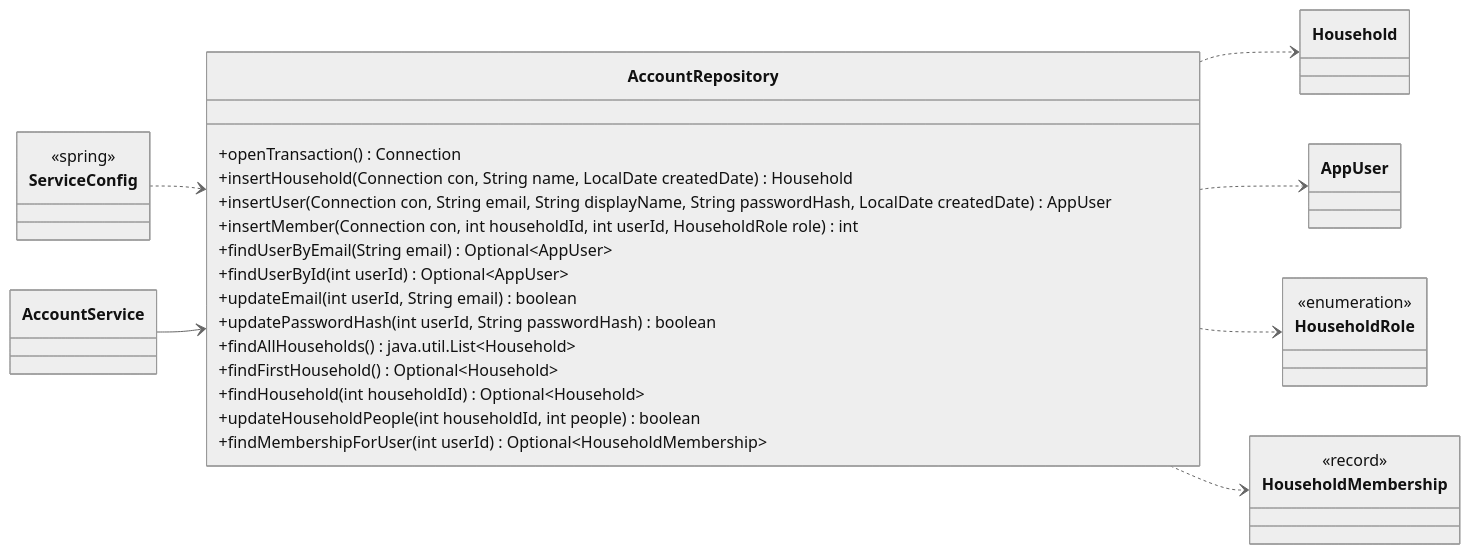
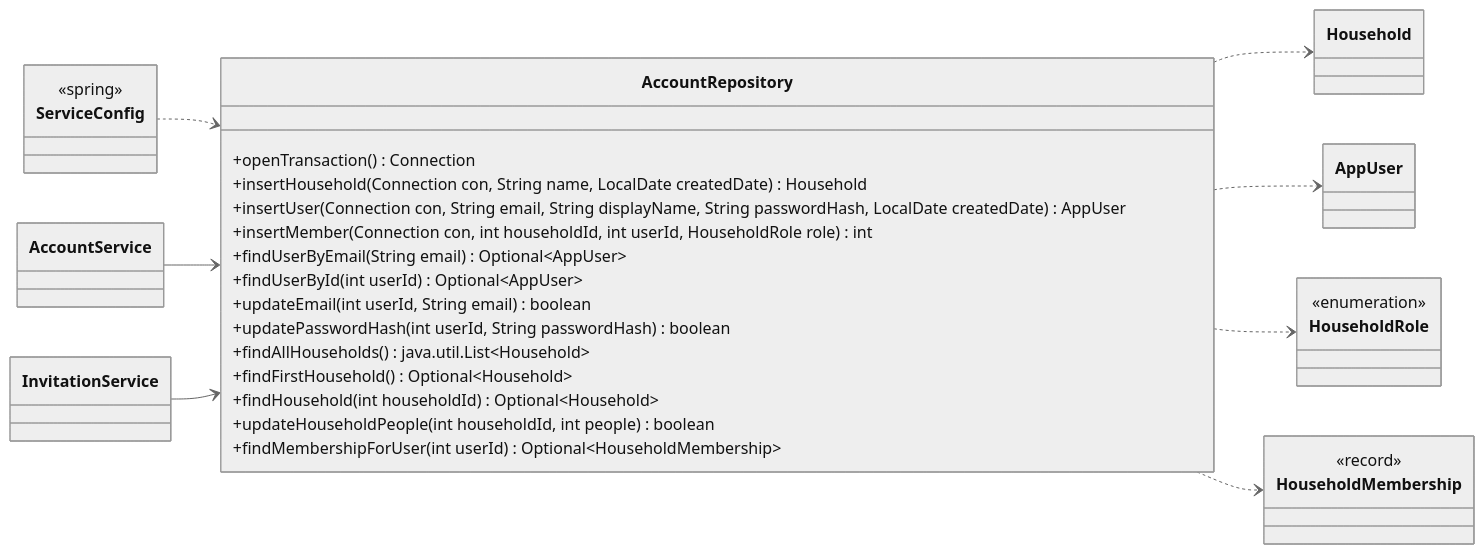
Before and after one commit to Nate-ryan-7690/dahaem: the second of 24 diagrams in docs/classes/auth.md, drawn with Mermaid (neutral theme). The commit also changed other lines of this file and 4 other files, not shown here.

````diff
--- a/docs/classes/auth.md
+++ b/docs/classes/auth.md
@@ -93,37 +124,39 @@
 ```mermaid
 classDiagram
     direction LR
     class auth_AccountRepository["AccountRepository"] {
         +openTransaction() Connection
         +insertHousehold(Connection con, String name, LocalDate createdDate) Household
         +insertUser(Connection con, String email, String displayName, String passwordHash, LocalDate createdDate) AppUser
         +insertMember(Connection con, int householdId, int userId, HouseholdRole role) int
         +findUserByEmail(String email) Optional~AppUser~
         +findUserById(int userId) Optional~AppUser~
         +updateEmail(int userId, String email) boolean
         +updatePasswordHash(int userId, String passwordHash) boolean
         +findAllHouseholds() java.util.List~Household~
         +findFirstHousehold() Optional~Household~
         +findHousehold(int householdId) Optional~Household~
         +updateHouseholdPeople(int householdId, int people) boolean
         +findMembershipForUser(int userId) Optional~HouseholdMembership~
     }
     class auth_AccountService["AccountService"]
+    class auth_InvitationService["InvitationService"]
     class auth_Household["Household"]
     class auth_AppUser["AppUser"]
     class auth_HouseholdRole["HouseholdRole"] {
         <<enumeration>>
     }
     class auth_HouseholdMembership["HouseholdMembership"] {
         <<record>>
     }
     class api_ServiceConfig["ServiceConfig"] {
         <<spring>>
     }
     auth_AccountRepository ..> auth_Household
     auth_AccountRepository ..> auth_AppUser
     auth_AccountRepository ..> auth_HouseholdRole
     auth_AccountRepository ..> auth_HouseholdMembership
     api_ServiceConfig ..> auth_AccountRepository
     auth_AccountService --> auth_AccountRepository
+    auth_InvitationService --> auth_AccountRepository
 ```
````
